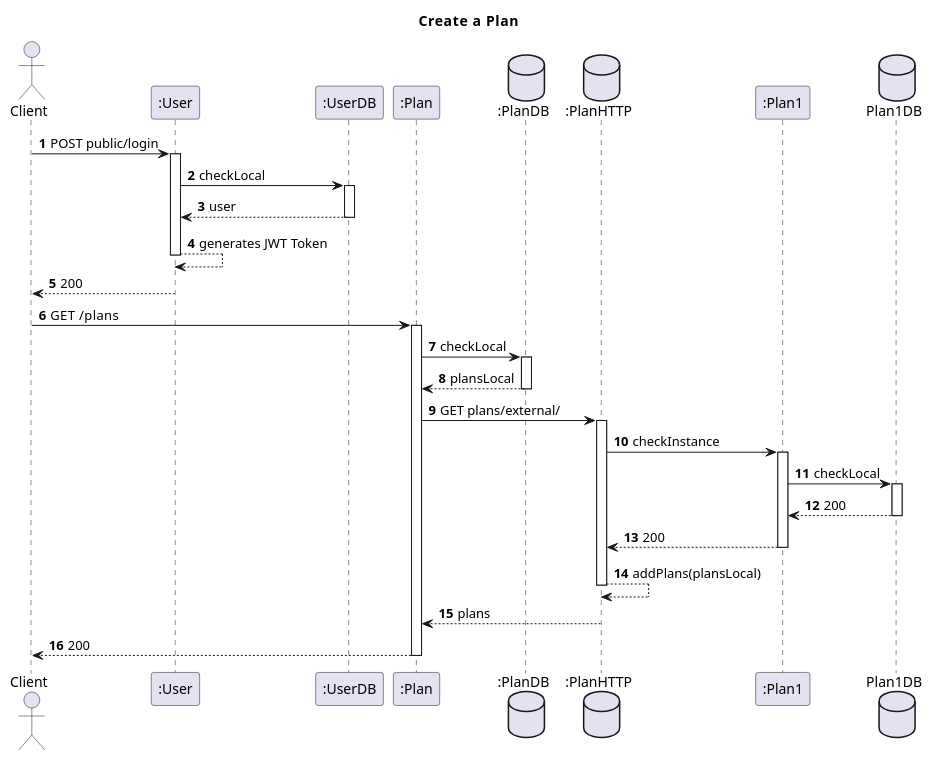
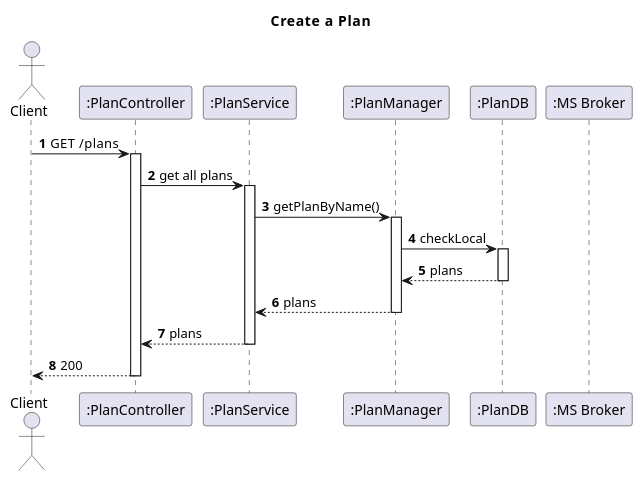
Before and after one commit to IsepMartimOliveira/SIDIS: the diagram in docs_sidis/Segunda_Avalição/Plans/Vista_Logica/N3/UserPlanInteractonGetAll.puml, drawn with PlantUML. The commit also changed 6 other files, not shown here.

```diff
--- a/docs_sidis/Segunda_Avalição/Plans/Vista_Logica/N3/UserPlanInteractonGetAll.puml
+++ b/docs_sidis/Segunda_Avalição/Plans/Vista_Logica/N3/UserPlanInteractonGetAll.puml
@@ -1,47 +1,34 @@
 @startuml
 'https://plantuml.com/sequence-diagram
 autoactivate on
 autonumber
 title  Create  a  Plan
 
 autonumber
 
 actor "Client" as Ac
-participant ":User" as User
-participant ":UserDB" as Udb
+participant ":PlanController" as PlanController
+participant ":PlanService" as PService
+participant ":PlanManager" as PManager
+participant ":PlanDB" as PDB
+participant ":MS Broker" as Broker
 
-participant ":Plan" as Plan
-database ":PlanDB" as PDB
-database ":PlanHTTP" as PHTTP
-participant ":Plan1" as Plan1
-database "Plan1DB" as PDB1
+
+
+Ac->PlanController:GET  /plans
+PlanController->PService:get all plans
+PService->PManager:getPlanByName()
+PManager->PDB:checkLocal
+PDB-->PManager:plans
 
 
 
 
-Ac->User: POST public/login
-User->Udb:checkLocal
-Udb-->User:user
-User-->User:generates JWT Token
-User-->Ac:200
-Ac->Plan:GET  /plans
-Plan->PDB:checkLocal
-PDB-->Plan:plansLocal
-
-Plan->PHTTP:GET plans/external/
-PHTTP->Plan1:checkInstance
-Plan1->PDB1:checkLocal
-
-PDB1-->Plan1:200
-deactivate PDB1
-Plan1-->PHTTP:200
-PHTTP-->PHTTP:addPlans(plansLocal)
-
-PHTTP-->Plan:plans
-
-Plan-->Ac:200
+PManager-->PService:plans
+PService-->PlanController:plans
+PlanController-->Ac:200
 
 
 
 
 @enduml
```
